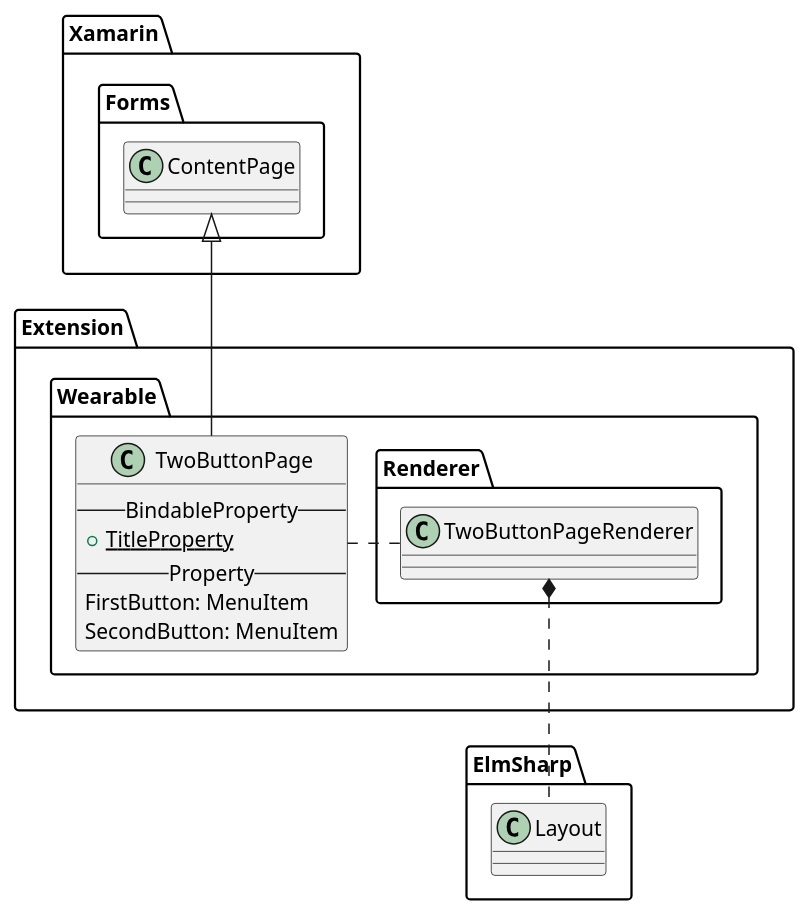
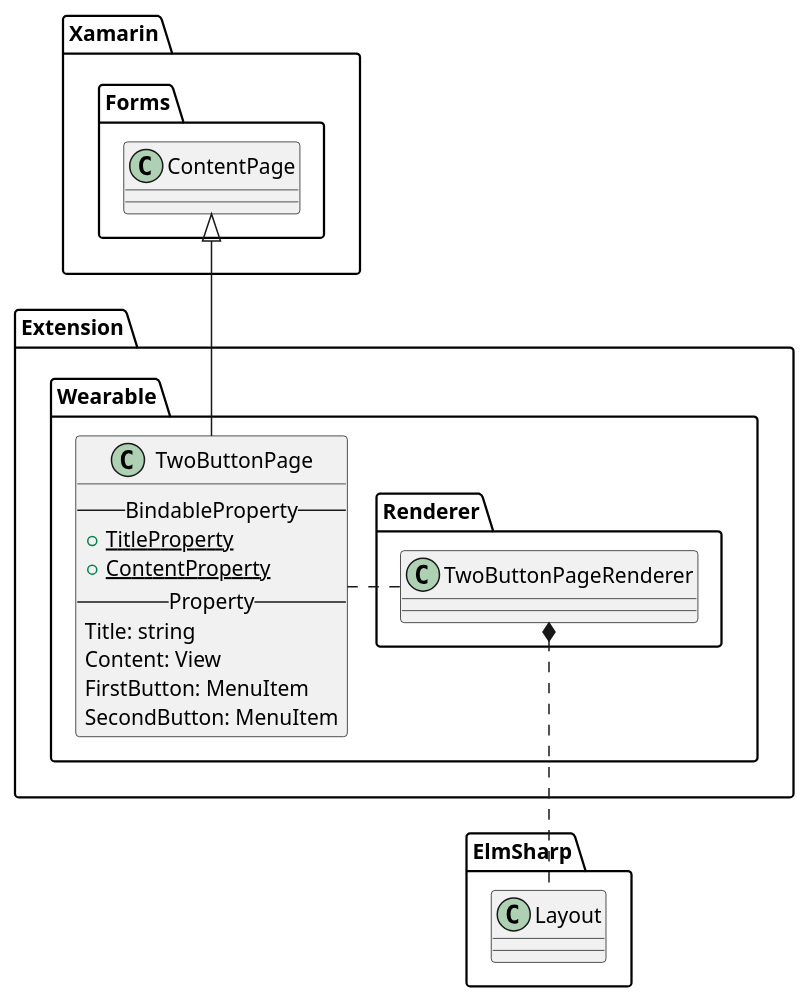
Before and after one commit to Samsung/Tizen.CircularUI: diagram 14 of 17 in doc/design/uml/CirclePage.wsd, drawn with PlantUML. The commit also changed other lines of this file and 13 other files, not shown here.

```diff
--- a/doc/design/uml/CirclePage.wsd
+++ b/doc/design/uml/CirclePage.wsd
@@ -402,30 +402,33 @@
 @startuml TwoButtonPage.png
 
 package "Xamarin.Forms" {
     class ContentPage
 }
 
 package "Extension.Wearable" {
     class TwoButtonPage {
         --BindableProperty--
         {static} +TitleProperty
+        {static} +ContentProperty
         --Property--
+        Title: string
+        Content: View
         FirstButton: MenuItem
         SecondButton: MenuItem
     }
 
     TwoButtonPage -u-|> ContentPage 
 }
 
 package "Extension.Wearable.Renderer" {
     class TwoButtonPageRenderer
 
     TwoButtonPageRenderer .l. TwoButtonPage
 }
 
 package "ElmSharp" {
     class Layout
     TwoButtonPageRenderer *.. Layout
 }
 
 @enduml
```
